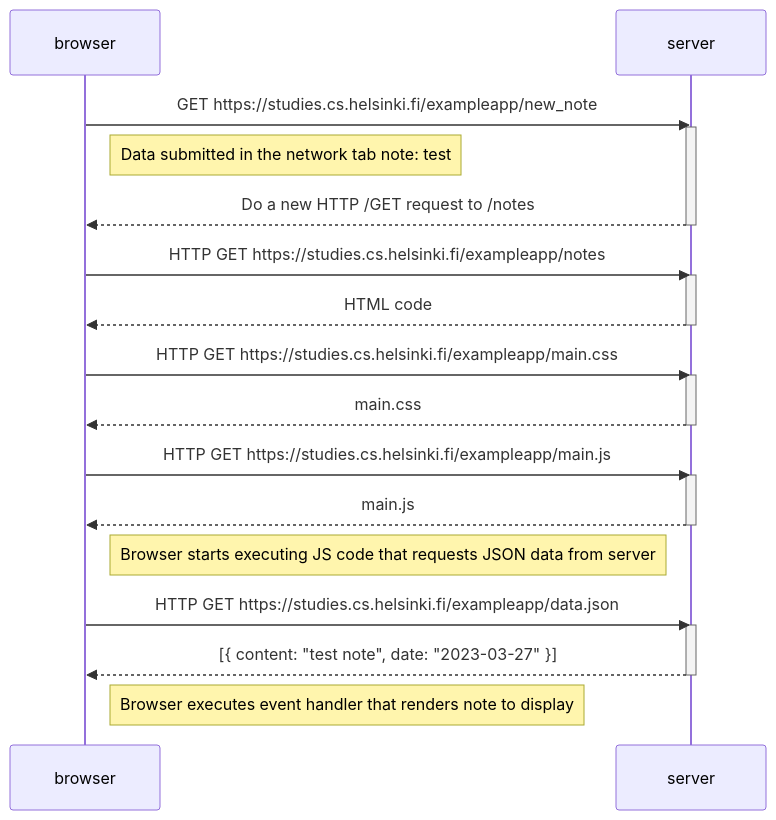
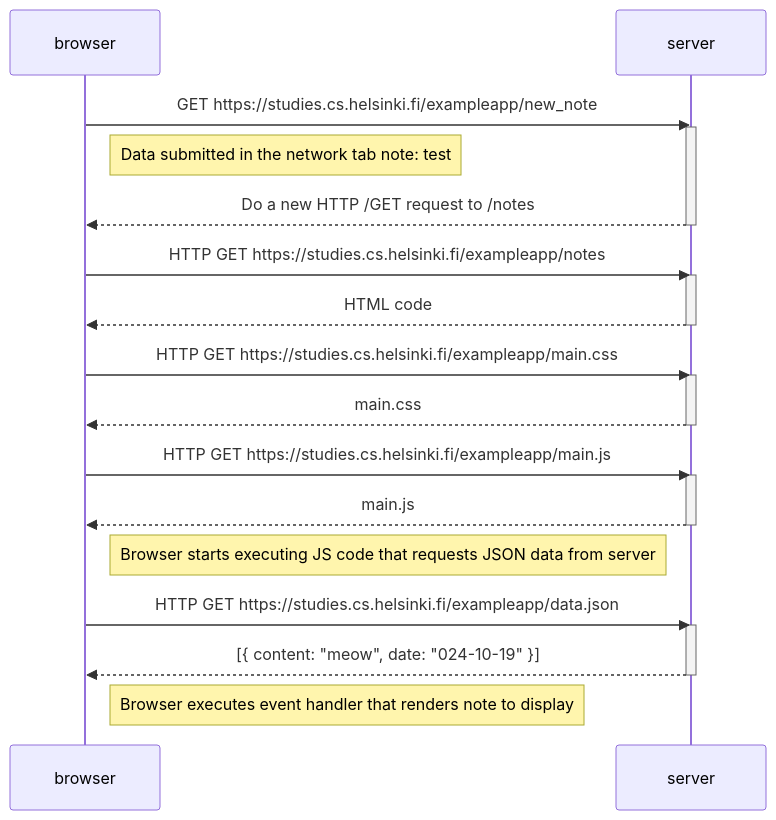
The diagram in part0/Exercise4.mmd (SXYII12RCHAS/fullstackopen), drawn with Mermaid before and after one commit.

```diff
--- a/part0/Exercise4.mmd
+++ b/part0/Exercise4.mmd
@@ -1,33 +1,33 @@
 sequenceDiagram
 participant browser
 participant server
 
 browser->>server: GET https://studies.cs.helsinki.fi/exampleapp/new_note
     activate server
     Note right of browser: Data submitted in the network tab note: test
     server-->>browser: Do a new HTTP /GET request to /notes
     deactivate server
 
     browser->>server: HTTP GET https://studies.cs.helsinki.fi/exampleapp/notes
     activate server
     server-->>browser: HTML code
     deactivate server
 
     browser->>server: HTTP GET https://studies.cs.helsinki.fi/exampleapp/main.css
     activate server
     server-->>browser: main.css
     deactivate server
 
     browser->>server: HTTP GET https://studies.cs.helsinki.fi/exampleapp/main.js
     activate server
     server-->>browser: main.js
     deactivate server
 
     Note right of browser: Browser starts executing JS code that requests JSON data from server
 
     browser->>server: HTTP GET https://studies.cs.helsinki.fi/exampleapp/data.json
     activate server
-    server-->>browser: [{ content: "test note", date: "2023-03-27" }]
+    server-->>browser: [{ content: "meow", date: "024-10-19" }]
     deactivate server
 
     Note right of browser: Browser executes event handler that renders note to display
```
